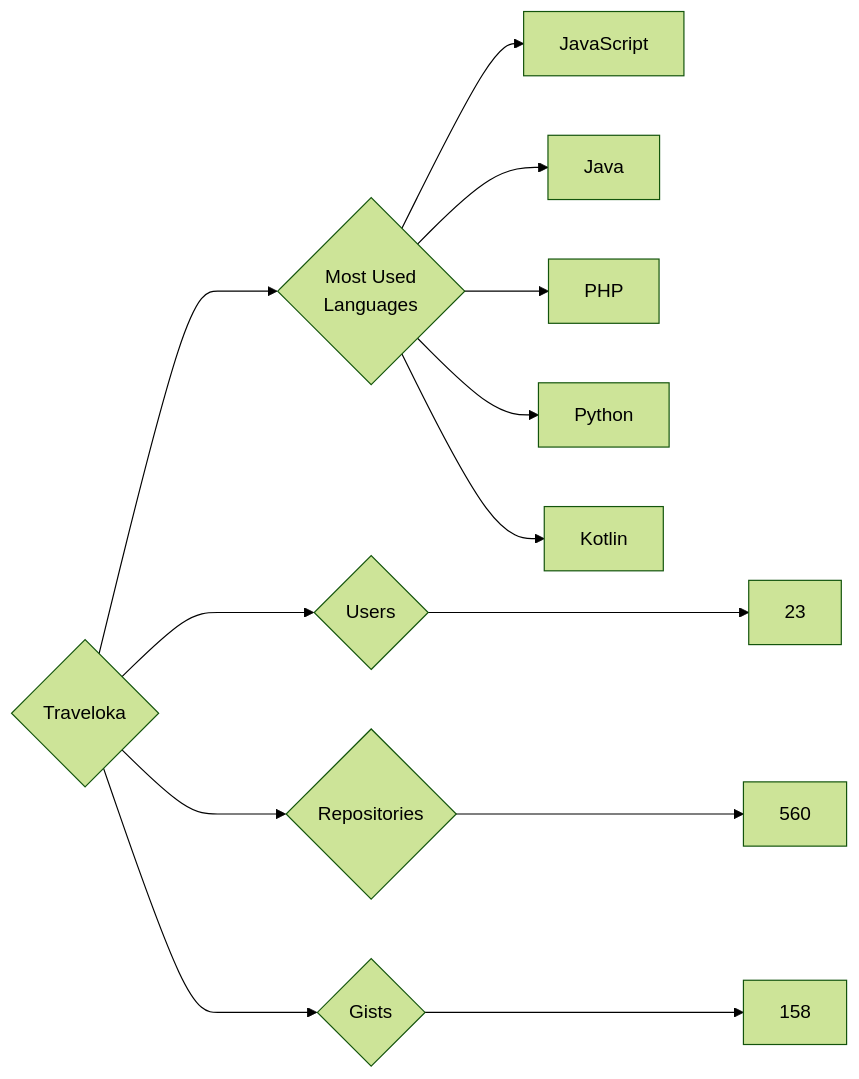
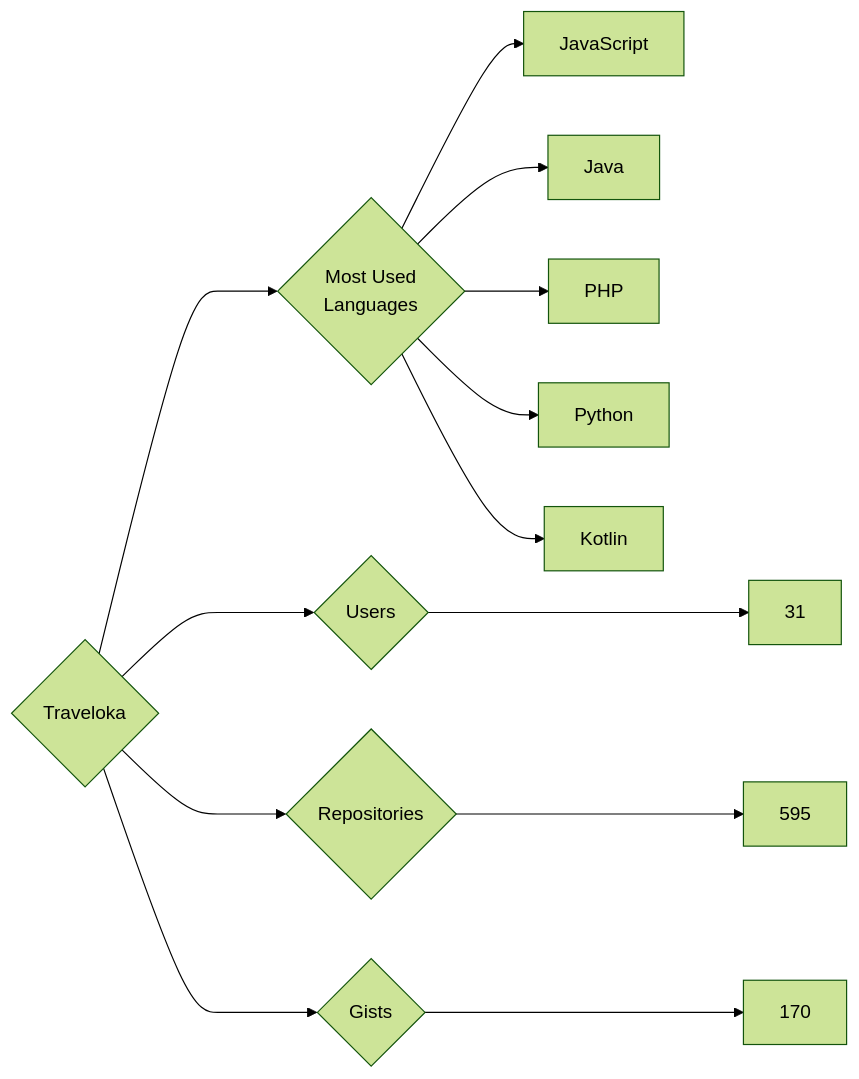
Before and after one commit to trickest/insiders: the diagram in targets/Traveloka/README.md, drawn with Mermaid (forest theme). The commit also changed 815 other files, not shown here.

````diff
--- a/targets/Traveloka/README.md
+++ b/targets/Traveloka/README.md
@@ -3,13 +3,13 @@
 ```mermaid
 graph LR
 COMPANY_NAME{Traveloka}
-COMPANY_NAME ---> U{Users} ---> UN[23]
-COMPANY_NAME ---> R{Repositories} ---> RN[560]
-COMPANY_NAME ---> G{Gists} ---> GN[158]
+COMPANY_NAME ---> U{Users} ---> UN[31]
+COMPANY_NAME ---> R{Repositories} ---> RN[595]
+COMPANY_NAME ---> G{Gists} ---> GN[170]
 COMPANY_NAME ---> ML{Most Used<br>Languages}
 ML --> JavaScript[JavaScript]
 ML --> Java[Java]
 ML --> PHP[PHP]
 ML --> Python[Python]
 ML --> Kotlin[Kotlin]
 ```
````
